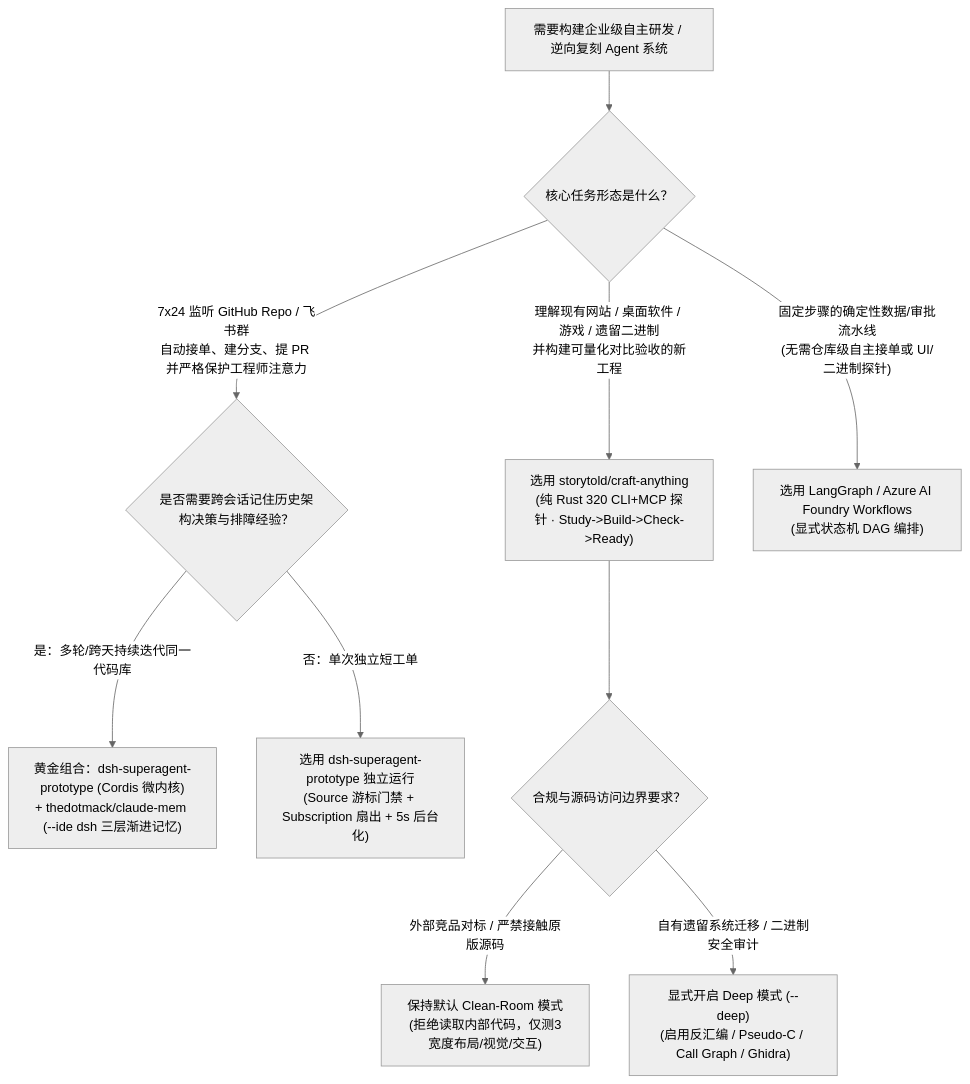
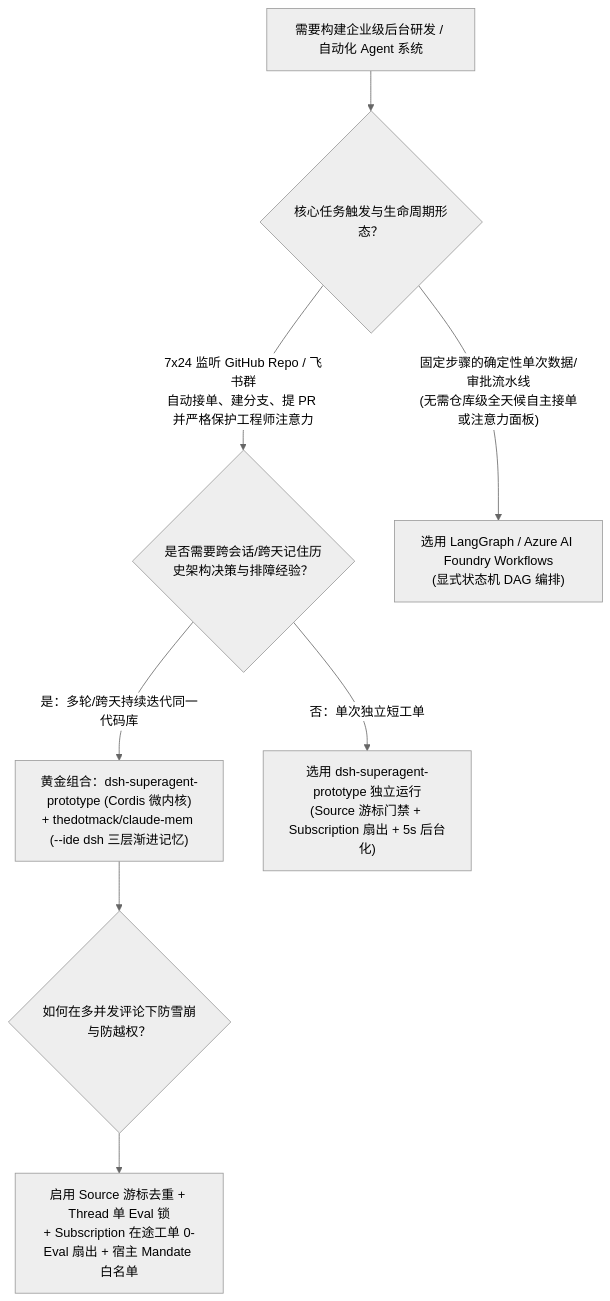
Before and after one commit to turbo998/ai-research-public: the first of 2 diagrams in workshops/github-trending-radar/docs/superagent-microkernel-memory-vs-langgraph-selection-faq.md, drawn with Mermaid (neutral theme). The commit also changed other lines of this file and 13 other files, not shown here.

Commit message:
feat(github-radar): decouple Round 8 Craft-Anything Pure-Rust Probe Selection FAQ and enforce single-decision FAQ architecture

````diff
--- a/workshops/github-trending-radar/docs/superagent-microkernel-memory-vs-langgraph-selection-faq.md
+++ b/workshops/github-trending-radar/docs/superagent-microkernel-memory-vs-langgraph-selection-faq.md
@@ -76,14 +71,12 @@
 ```mermaid
 flowchart TD
-    Start["需要构建企业级自主研发 / 逆向复刻 Agent 系统"] --> Q1{"核心任务形态是什么？"}
-    Q1 -- "7x24 监听 GitHub Repo / 飞书群<br/>自动接单、建分支、提 PR 并严格保护工程师注意力" --> Q2{"是否需要跨会话记住历史架构决策与排障经验？"}
-    Q1 -- "理解现有网站 / 桌面软件 / 游戏 / 遗留二进制<br/>并构建可量化对比验收的新工程" --> Craft["选用 storytold/craft-anything<br/>(纯 Rust 320 CLI+MCP 探针 · Study->Build->Check->Ready)"]
-    Q1 -- "固定步骤的确定性数据/审批流水线<br/>(无需仓库级自主接单或 UI/二进制探针)" --> LangGraph["选用 LangGraph / Azure AI Foundry Workflows<br/>(显式状态机 DAG 编排)"]
+    Start["需要构建企业级后台研发 / 自动化 Agent 系统"] --> Q1{"核心任务触发与生命周期形态？"}
+    Q1 -- "7x24 监听 GitHub Repo / 飞书群<br/>自动接单、建分支、提 PR 并严格保护工程师注意力" --> Q2{"是否需要跨会话/跨天记住历史架构决策与排障经验？"}
+    Q1 -- "固定步骤的确定性单次数据/审批流水线<br/>(无需仓库级全天候自主接单或注意力面板)" --> LangGraph["选用 LangGraph / Azure AI Foundry Workflows<br/>(显式状态机 DAG 编排)"]
 
     Q2 -- "是：多轮/跨天持续迭代同一代码库" --> SuperStack["黄金组合：dsh-superagent-prototype (Cordis 微内核)<br/>+ thedotmack/claude-mem (--ide dsh 三层渐进记忆)"]
     Q2 -- "否：单次独立短工单" --> DshOnly["选用 dsh-superagent-prototype 独立运行<br/>(Source 游标门禁 + Subscription 扇出 + 5s 后台化)"]
 
-    Craft --> Q3{"合规与源码访问边界要求？"}
-    Q3 -- "外部竞品对标 / 严禁接触原版源码" --> CleanRoom["保持默认 Clean-Room 模式<br/>(拒绝读取内部代码，仅测3宽度布局/视觉/交互)"]
-    Q3 -- "自有遗留系统迁移 / 二进制安全审计" --> DeepMode["显式开启 Deep 模式 (--deep)<br/>(启用反汇编 / Pseudo-C / Call Graph / Ghidra)"]
+    SuperStack --> Q3{"如何在多并发评论下防雪崩与防越权？"}
+    Q3 --> Guard["启用 Source 游标去重 + Thread 单 Eval 锁<br/>+ Subscription 在途工单 0-Eval 扇出 + 宿主 Mandate 白名单"]
 ```
````
